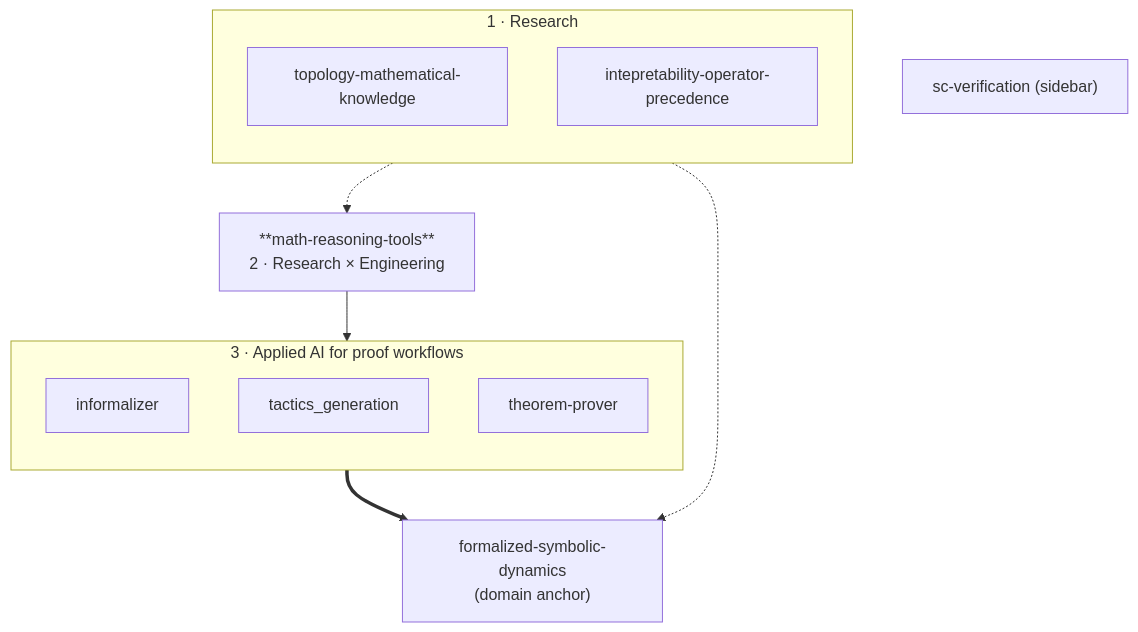
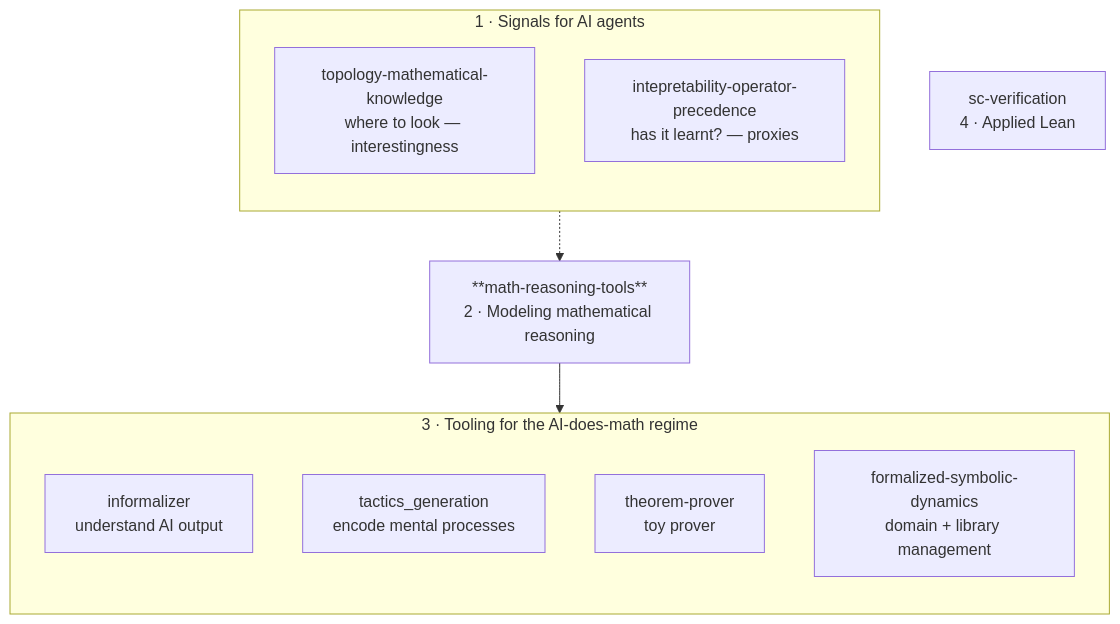
One commit to Sfgangloff/sfgangloff changed the diagram in README.md. Above: the diagram before and after it, drawn with Mermaid. The commit also changed other lines of this file, not shown here.

First line of the commit message:
Reframe README around motivation and AI-does-math role categories

````diff
--- a/README.md
+++ b/README.md
@@ -49,25 +46,23 @@
 ```mermaid
 flowchart TB
-    subgraph RESEARCH["1 · Research"]
+    subgraph SIGNALS["1 · Signals for AI agents"]
         direction TB
-        TMK[topology-mathematical-knowledge]
-        IOP[intepretability-operator-precedence]
+        TMK[topology-mathematical-knowledge<br/>where to look — interestingness]
+        IOP[intepretability-operator-precedence<br/>has it learnt? — proxies]
     end
 
-    MRT["**math-reasoning-tools**<br/>2 · Research × Engineering"]
+    MRT["**math-reasoning-tools**<br/>2 · Modeling mathematical reasoning"]
 
-    subgraph APPLIED["3 · Applied AI for proof workflows"]
+    subgraph TOOLING["3 · Tooling for the AI-does-math regime"]
         direction TB
-        INF[informalizer]
-        TG[tactics_generation]
-        TP[theorem-prover]
+        INF[informalizer<br/>understand AI output]
+        TG[tactics_generation<br/>encode mental processes]
+        TP[theorem-prover<br/>toy prover]
+        FSD[formalized-symbolic-dynamics<br/>domain + library management]
     end
 
-    FSD["formalized-symbolic-dynamics<br/>(domain anchor)"]
-    SCV["sc-verification (sidebar)"]
+    SCV["sc-verification<br/>4 · Applied Lean"]
 
-    RESEARCH -.-> MRT
-    MRT --> APPLIED
-    APPLIED ==> FSD
-    RESEARCH -.-> FSD
+    SIGNALS -.-> MRT
+    MRT --> TOOLING
 ```
````
